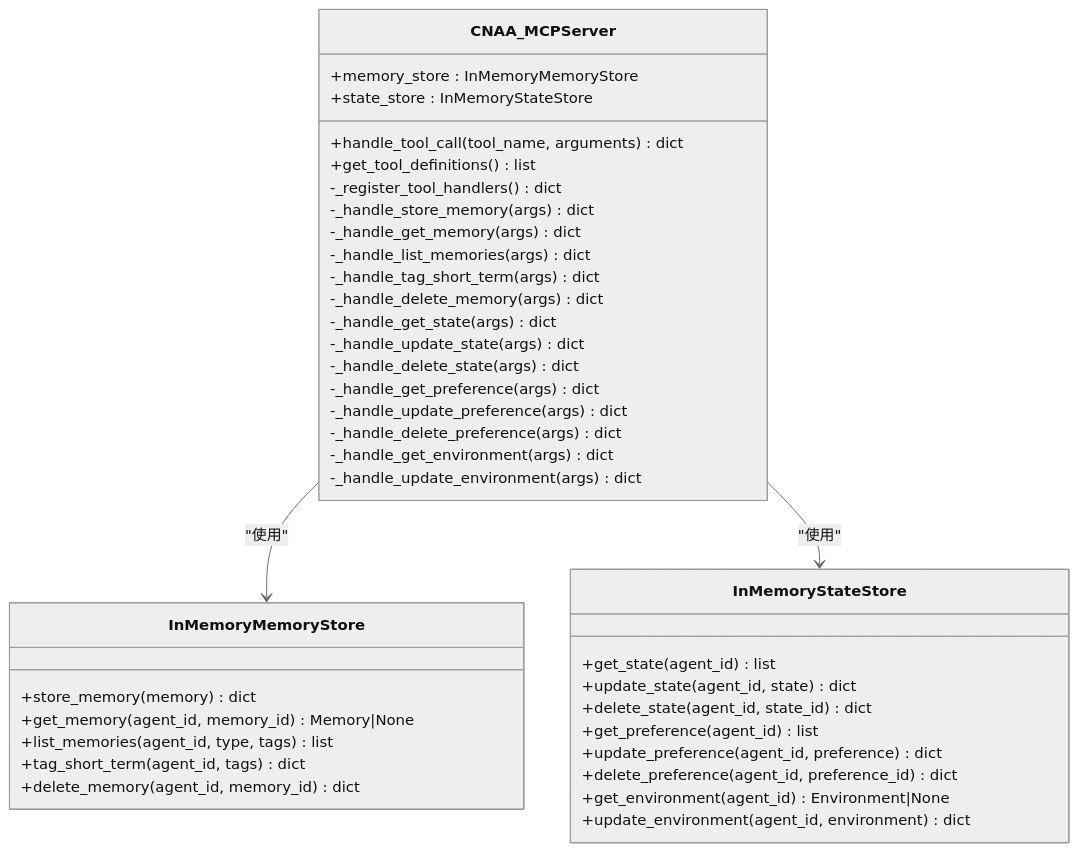
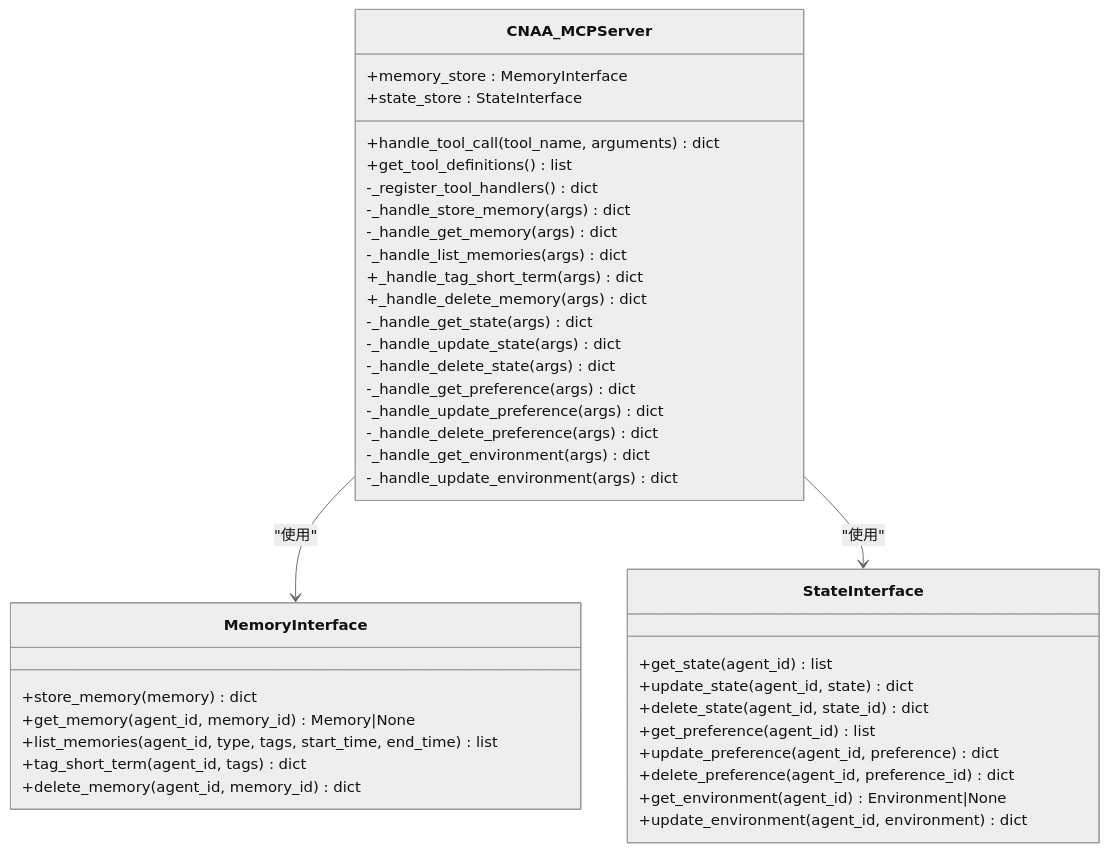
The fourth of 6 diagrams in .qoder/repowiki/zh/content/架构设计/通信协议设计/MCP Stdio服务器.md (lgx236/CNAA-Cloud-Native-Agent-Architecture-), drawn with Mermaid (neutral theme) before and after one commit. The commit also changed other lines of this file and 98 other files, not shown here.

Commit message:
feat: Add cloud-local distributed architecture configuration & deployment docs

````diff
--- a/.qoder/repowiki/zh/content/架构设计/通信协议设计/MCP Stdio服务器.md
+++ b/.qoder/repowiki/zh/content/架构设计/通信协议设计/MCP Stdio服务器.md
@@ -225,42 +252,42 @@
 ```mermaid
 classDiagram
 class CNAA_MCPServer {
-+memory_store : InMemoryMemoryStore
-+state_store : InMemoryStateStore
++memory_store : MemoryInterface
++state_store : StateInterface
 +handle_tool_call(tool_name, arguments) dict
 +get_tool_definitions() list
 -_register_tool_handlers() dict
 -_handle_store_memory(args) dict
 -_handle_get_memory(args) dict
 -_handle_list_memories(args) dict
--_handle_tag_short_term(args) dict
--_handle_delete_memory(args) dict
++_handle_tag_short_term(args) dict
++_handle_delete_memory(args) dict
 -_handle_get_state(args) dict
 -_handle_update_state(args) dict
 -_handle_delete_state(args) dict
 -_handle_get_preference(args) dict
 -_handle_update_preference(args) dict
 -_handle_delete_preference(args) dict
 -_handle_get_environment(args) dict
 -_handle_update_environment(args) dict
 }
-class InMemoryMemoryStore {
+class MemoryInterface {
 +store_memory(memory) dict
 +get_memory(agent_id, memory_id) Memory|None
-+list_memories(agent_id, type, tags) list
++list_memories(agent_id, type, tags, start_time, end_time) list
 +tag_short_term(agent_id, tags) dict
 +delete_memory(agent_id, memory_id) dict
 }
-class InMemoryStateStore {
+class StateInterface {
 +get_state(agent_id) list
 +update_state(agent_id, state) dict
 +delete_state(agent_id, state_id) dict
 +get_preference(agent_id) list
 +update_preference(agent_id, preference) dict
 +delete_preference(agent_id, preference_id) dict
 +get_environment(agent_id) Environment|None
 +update_environment(agent_id, environment) dict
 }
-CNAA_MCPServer --> InMemoryMemoryStore : "使用"
-CNAA_MCPServer --> InMemoryStateStore : "使用"
+CNAA_MCPServer --> MemoryInterface : "使用"
+CNAA_MCPServer --> StateInterface : "使用"
 ```
````
